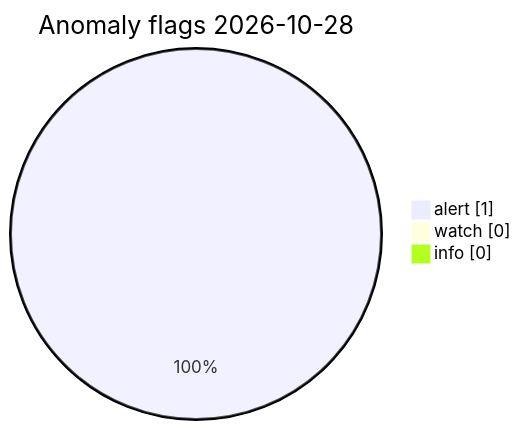
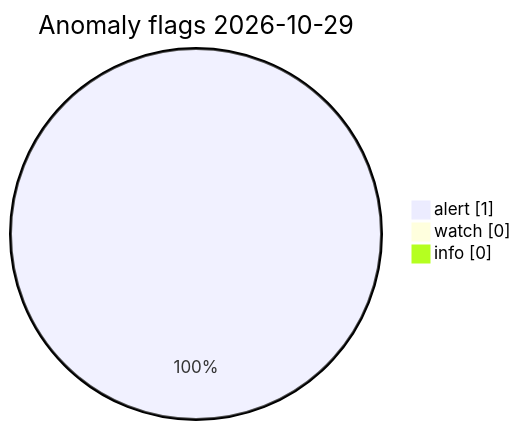
Before and after one commit to Midwest-Stratospheric/Unified-Open-Global-Weather: the diagram in visuals/latest/CHARTS.md, drawn with Mermaid. The commit also changed other lines of this file and 23 other files, not shown here.

Commit message:
data(visuals): automated charts 2026-10-29T11:13Z

````diff
--- a/visuals/latest/CHARTS.md
+++ b/visuals/latest/CHARTS.md
@@ -73,7 +73,7 @@
 ```mermaid
 pie showData
-  title Anomaly flags 2026-10-28
+  title Anomaly flags 2026-10-29
   "alert" : 1
   "watch" : 0
   "info" : 0
 ```
````
